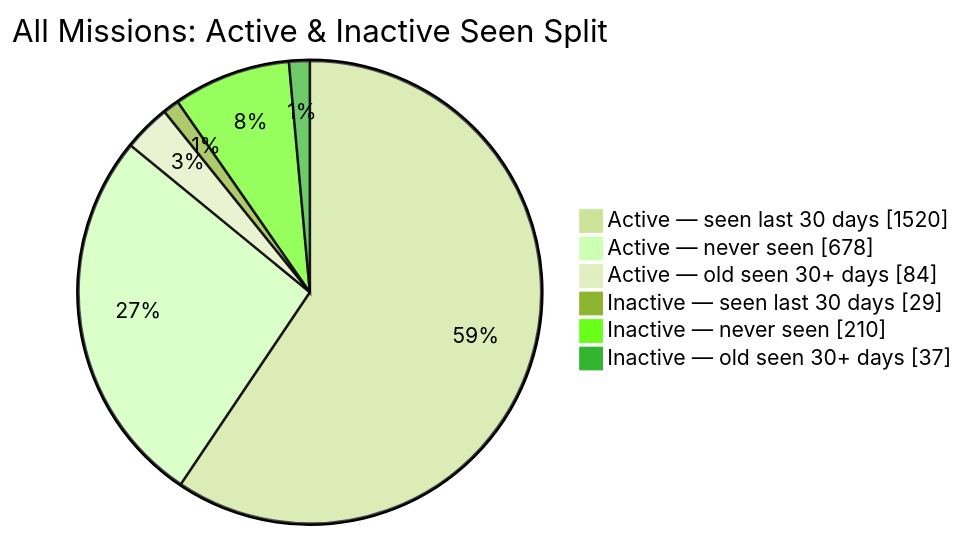
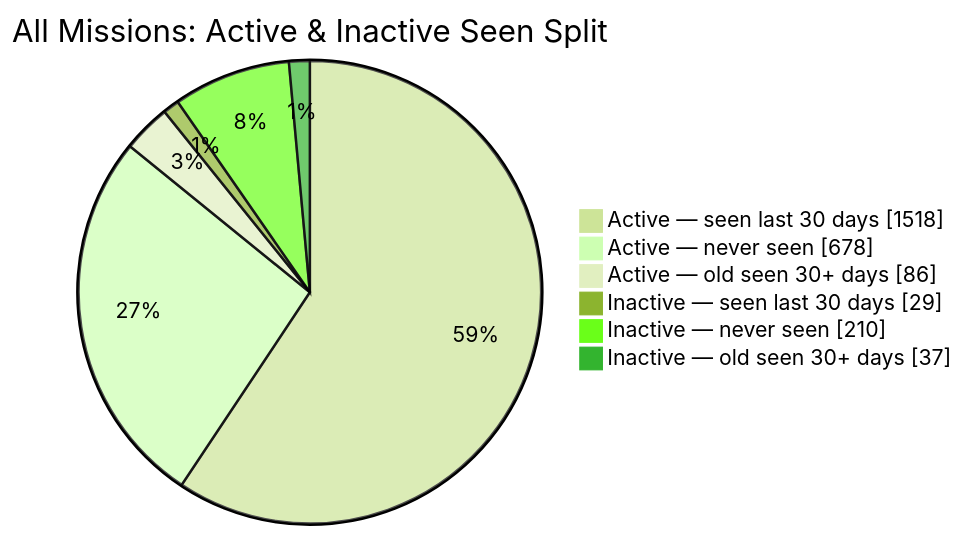
Before and after one commit to MeldkamerspelGameTeam/active-missions: the second of 2 diagrams in README.md, drawn with Mermaid (forest theme). The commit also changed other lines of this file and 2 other files, not shown here.

````diff
--- a/README.md
+++ b/README.md
@@ -44,10 +44,10 @@
 ```mermaid
 pie showData
     title All Missions: Active & Inactive Seen Split
-    "Active — seen last 30 days" : 1520
+    "Active — seen last 30 days" : 1518
     "Active — never seen" : 678
-    "Active — old seen 30+ days" : 84
+    "Active — old seen 30+ days" : 86
     "Inactive — seen last 30 days" : 29
     "Inactive — never seen" : 210
     "Inactive — old seen 30+ days" : 37
 ```
````
